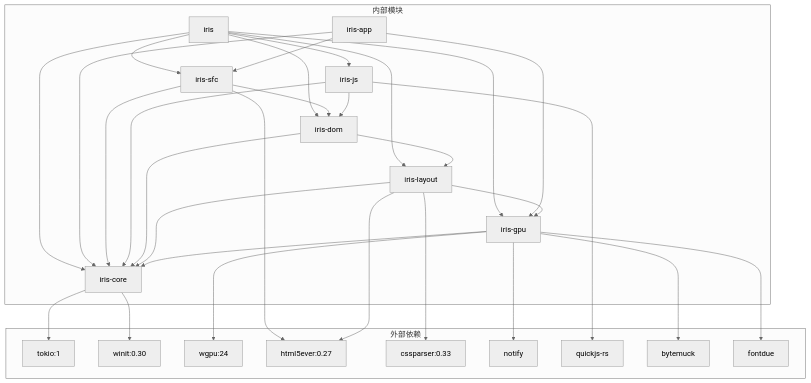
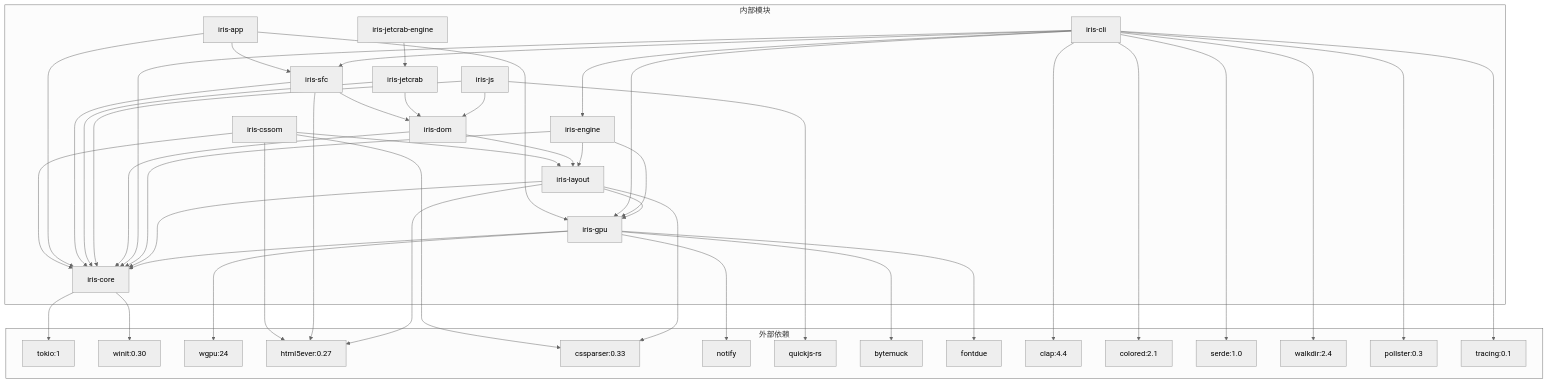
Before and after one commit to itszzl-sudo/iris: diagram 19 of 20 in .qoder/repowiki/zh/content/技术架构详解/整体架构设计/Rust工作区架构.md, drawn with Mermaid (neutral theme). The commit also changed other lines of this file and 11 other files, not shown here.

First line of the commit message:
feat: 实现 iris-jetcrab-engine WASM 导出接口

````diff
--- a/.qoder/repowiki/zh/content/技术架构详解/整体架构设计/Rust工作区架构.md
+++ b/.qoder/repowiki/zh/content/技术架构详解/整体架构设计/Rust工作区架构.md
@@ -695,52 +859,76 @@
 ```mermaid
 graph TB
 subgraph "外部依赖"
 Tokio[tokio:1]
 Winit[winit:0.30]
 Wgpu[wgpu:24]
 Html5ever[html5ever:0.27]
 Cssparser[cssparser:0.33]
 Notify[notify]
 QuickJS[quickjs-rs]
 Bytemuck[bytemuck]
 Fontdue[fontdue]
+Clap[clap:4.4]
+Colored[colored:2.1]
+Serde[serde:1.0]
+Walkdir[walkdir:2.4]
+Pollster[pollster:0.3]
+Tracing[tracing:0.1]
 end
 subgraph "内部模块"
 Core[iris-core]
 Gpu[iris-gpu]
 Layout[iris-layout]
+Engine[iris-engine]
+Cli[iris-cli]
 Dom[iris-dom]
 Js[iris-js]
+Jet[iris-jetcrab]
+JetEngine[iris-jetcrab-engine]
 Sfc[iris-sfc]
 App[iris-app]
-Iris[iris]
+Cssom[iris-cssom]
 end
 Core --> Tokio
 Core --> Winit
 Gpu --> Wgpu
 Gpu --> Core
 Gpu --> Notify
 Gpu --> Bytemuck
 Gpu --> Fontdue
 Layout --> Html5ever
 Layout --> Cssparser
 Layout --> Core
 Layout --> Gpu
+Engine --> Core
+Engine --> Gpu
+Engine --> Layout
+Cli --> Clap
+Cli --> Colored
+Cli --> Serde
+Cli --> Walkdir
+Cli --> Pollster
+Cli --> Tracing
+Cli --> Core
+Cli --> Engine
+Cli --> Gpu
+Cli --> Sfc
 Dom --> Core
 Dom --> Layout
 Js --> QuickJS
 Js --> Core
 Js --> Dom
+Jet --> Core
+Jet --> Dom
+JetEngine --> Jet
 Sfc --> Html5ever
 Sfc --> Core
 Sfc --> Dom
 App --> Core
 App --> Gpu
 App --> Sfc
-Iris --> Core
-Iris --> Gpu
-Iris --> Layout
-Iris --> Dom
-Iris --> Js
-Iris --> Sfc
+Cssom --> Html5ever
+Cssom --> Cssparser
+Cssom --> Core
+Cssom --> Layout
 ```
````
